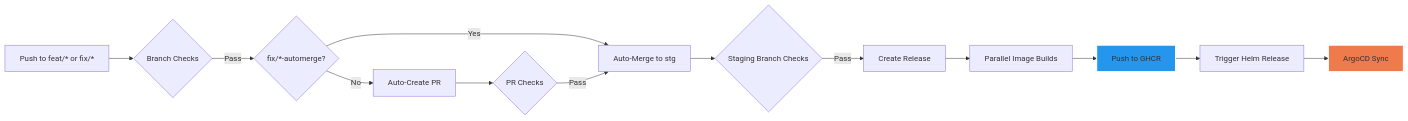
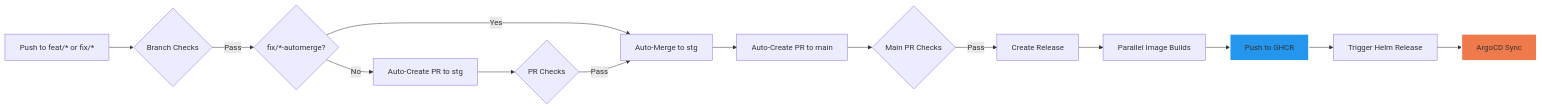
Before and after one commit to datascientest-fastAPI-project-group-25/fastAPI-project-app: the second of 2 diagrams in README.md, drawn with Mermaid. The commit also changed other lines of this file, not shown here.

Commit message:
docs: update README.md with correct branch references and improved workflow diagram

````diff
--- a/README.md
+++ b/README.md
@@ -349,17 +349,18 @@
 ```mermaid
 graph LR
     A[Push to feat/* or fix/*] --> B{Branch Checks}
     B -->|Pass| C{fix/*-automerge?}
-    C -->|No| D[Auto-Create PR]
+    C -->|No| D[Auto-Create PR to stg]
     C -->|Yes| E[Auto-Merge to stg]
     D --> F{PR Checks}
     F -->|Pass| E
-    E --> G{Staging Branch Checks}
-    G -->|Pass| H[Create Release]
-    H --> I[Parallel Image Builds]
-    I --> J[Push to GHCR]
-    J --> K[Trigger Helm Release]
-    K --> L[ArgoCD Sync]
-    style J fill:#2496ED,stroke:#fff,stroke-width:2px
-    style L fill:#EF7B4D,stroke:#fff,stroke-width:2px
+    E --> G[Auto-Create PR to main]
+    G --> H{Main PR Checks}
+    H -->|Pass| I[Create Release]
+    I --> J[Parallel Image Builds]
+    J --> K[Push to GHCR]
+    K --> L[Trigger Helm Release]
+    L --> M[ArgoCD Sync]
+    style K fill:#2496ED,stroke:#fff,stroke-width:2px
+    style M fill:#EF7B4D,stroke:#fff,stroke-width:2px
 ```
````
